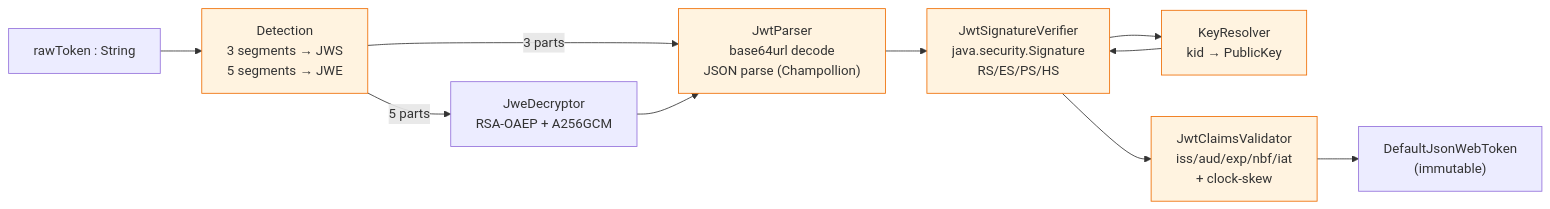
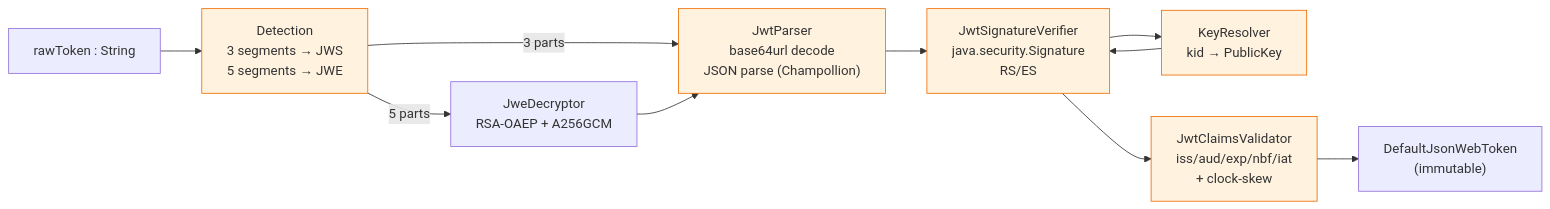
Before and after one commit to vidocq-stack/cervantes: the diagram in docs/en/modules/ROOT/pages/internals.adoc, drawn with Mermaid. The commit also changed other lines of this file and 7 other files, not shown here.

```diff
--- a/docs/en/modules/ROOT/pages/internals.adoc
+++ b/docs/en/modules/ROOT/pages/internals.adoc
@@ -19,24 +19,24 @@
 [mermaid]
 ....
 flowchart LR
   Input["rawToken : String"]
   Detect["Detection<br/>3 segments → JWS<br/>5 segments → JWE"]
   Decrypt["JweDecryptor<br/>RSA-OAEP + A256GCM"]
   Parse["JwtParser<br/>base64url decode<br/>JSON parse (Champollion)"]
-  Sig["JwtSignatureVerifier<br/>java.security.Signature<br/>RS/ES/PS/HS"]
+  Sig["JwtSignatureVerifier<br/>java.security.Signature<br/>RS/ES"]
   KeyR["KeyResolver<br/>kid → PublicKey"]
   Claims["JwtClaimsValidator<br/>iss/aud/exp/nbf/iat<br/>+ clock-skew"]
   Out["DefaultJsonWebToken<br/>(immutable)"]
 
   Input --> Detect
   Detect -->|3 parts| Parse
   Detect -->|5 parts| Decrypt --> Parse
   Parse --> Sig
   Sig --> KeyR
   KeyR --> Sig
   Sig --> Claims
   Claims --> Out
 
   classDef rt fill:#fff3e0,stroke:#ef6c00
   class Detect,Parse,Sig,KeyR,Claims rt
 ....
```
